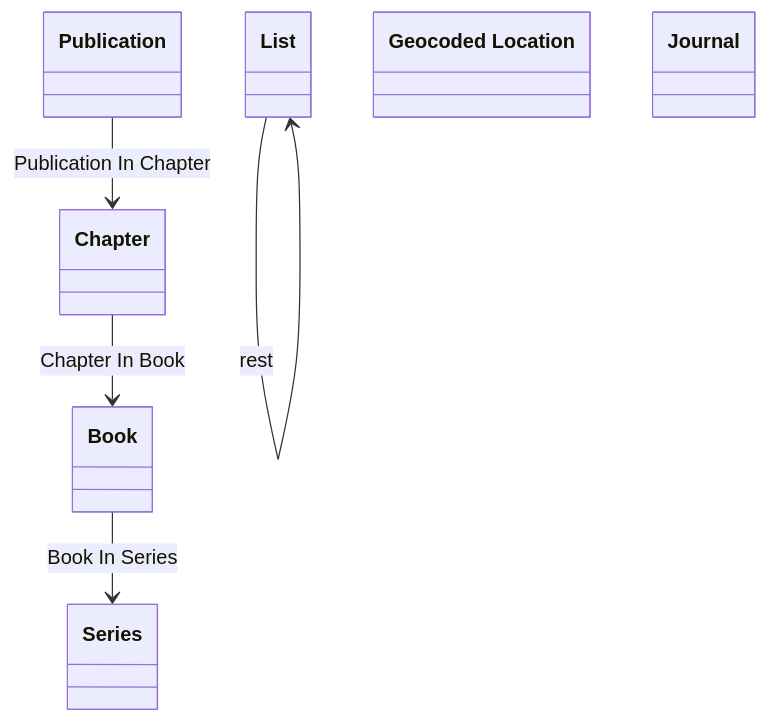
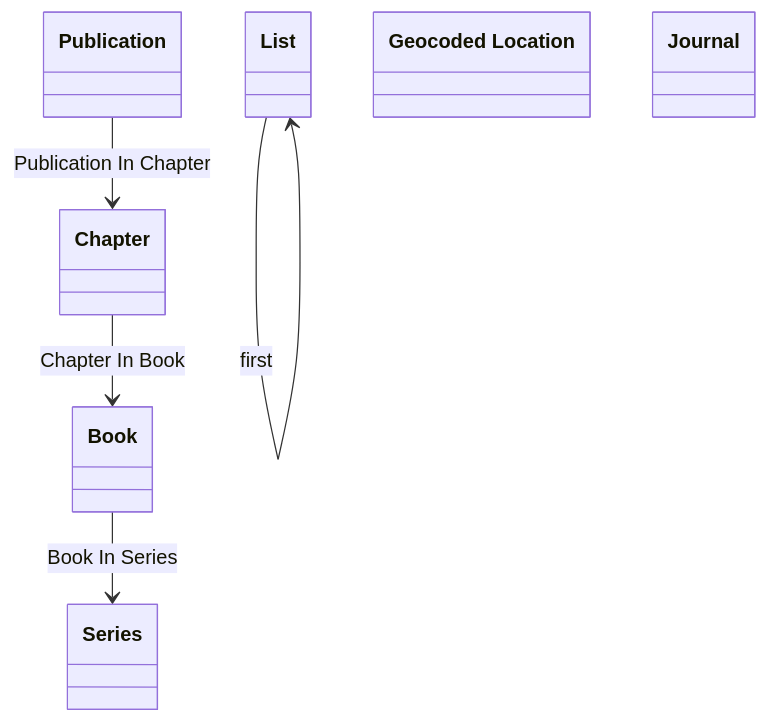
One commit to oeg-upm/Devos changed the diagram in output/ieswc_freq/ld-connect.ttl-freq-7-0-hard.md. Above: the diagram before and after it, drawn with Mermaid. The commit also changed other lines of this file and 131 other files, not shown here.

````diff
--- a/output/ieswc_freq/ld-connect.ttl-freq-7-0-hard.md
+++ b/output/ieswc_freq/ld-connect.ttl-freq-7-0-hard.md
@@ -1,45 +1,45 @@
 ```mermaid
 	classDiagram
 
     
     class `Publication` {
     
     }
 
     class `List` {
     
     }
 
     class `Geocoded Location` {
     
     }
 
     class `Book` {
     
     }
 
     class `Journal` {
     
     }
 
     class `Series` {
     
     }
 
     class `Chapter` {
     
     }
 
 
 
-`Chapter`  --> `Book`   :Chapter In Book  
-
-`List`  --> `List`   :first  
-
 `List`  --> `List`   :rest  
 
 `Publication`  --> `Chapter`   :Publication In Chapter  
 
+`List`  --> `List`   :first  
+
+`Chapter`  --> `Book`   :Chapter In Book  
+
 `Book`  --> `Series`   :Book In Series  
 
 ```
````
